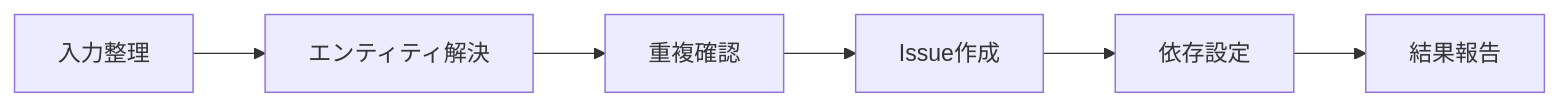
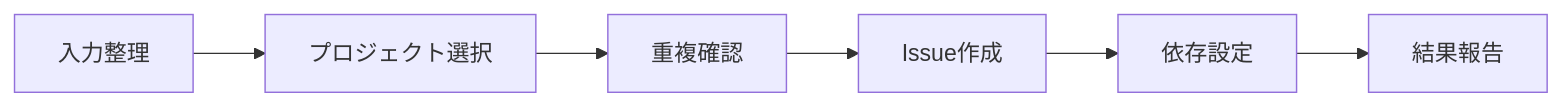
One commit to ac-nakamura-y/.claude changed the diagram in skills/linear/SKILL.md. Above: the diagram before and after it, drawn with Mermaid. The commit also changed other lines of this file and 2 other files, not shown here.

````diff
--- a/skills/linear/SKILL.md
+++ b/skills/linear/SKILL.md
@@ -35,8 +27,8 @@
 ```mermaid
 flowchart LR
-  gatherInput[入力整理] --> resolveEntity[エンティティ解決]
-  resolveEntity --> checkDuplicate[重複確認]
+  gatherInput[入力整理] --> selectProject[プロジェクト選択]
+  selectProject --> checkDuplicate[重複確認]
   checkDuplicate --> createIssue[Issue作成]
   createIssue --> setRelation[依存設定]
   setRelation --> reportResult[結果報告]
 ```
````
